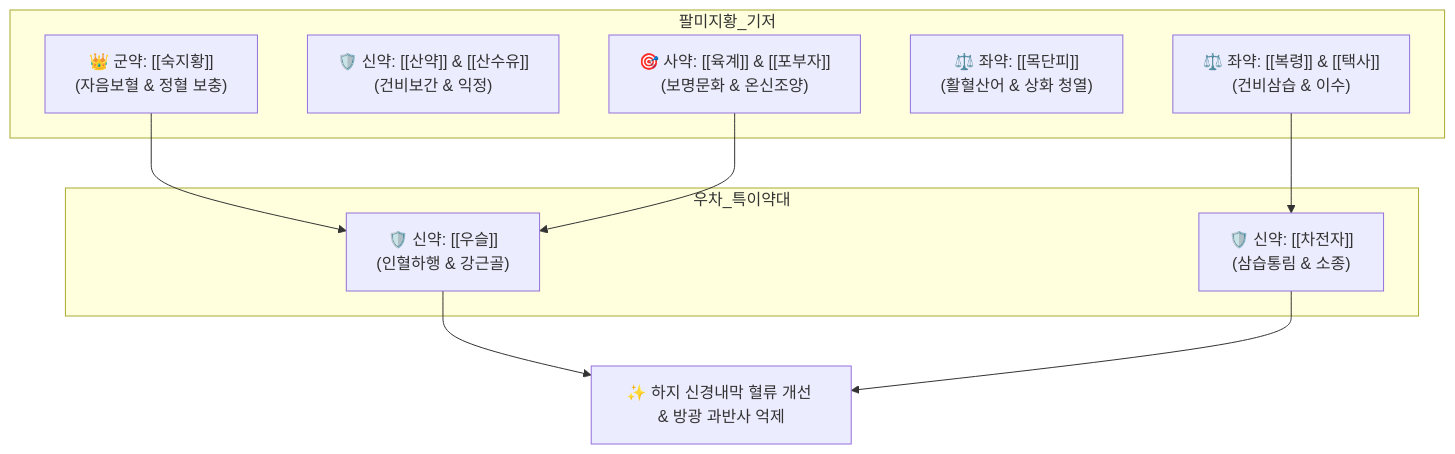
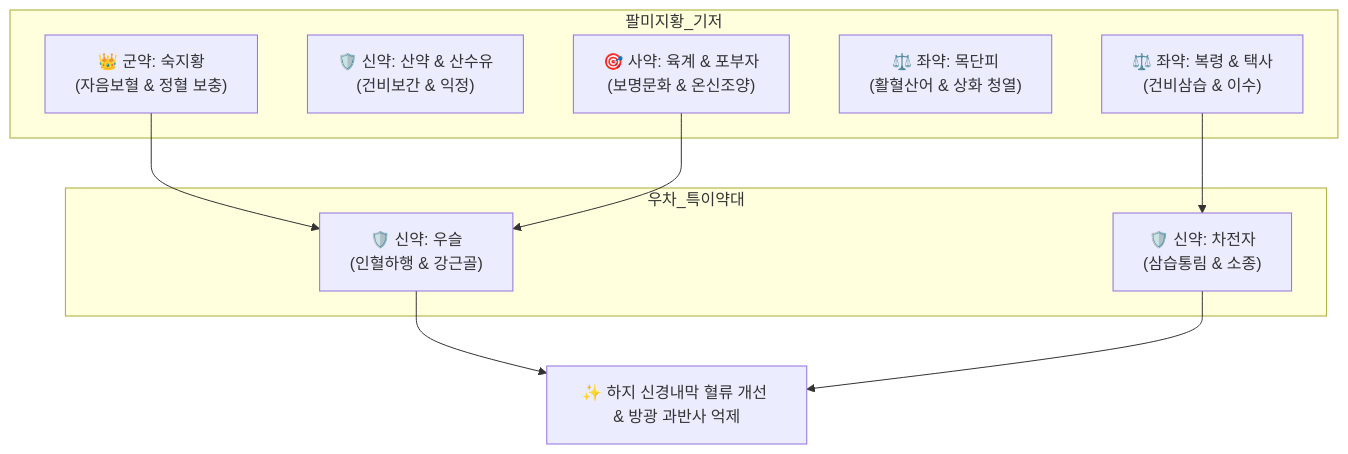
Before and after one commit to simbio11/simbio-digital-garden2: the diagram in content/2. 약리 공부/처방/02_보익제/우차신기환.md, drawn with Mermaid. The commit also changed other lines of this file and 323 other files, not shown here.

````diff
--- a/content/2. 약리 공부/처방/02_보익제/우차신기환.md
+++ b/content/2. 약리 공부/처방/02_보익제/우차신기환.md
@@ -50,19 +52,19 @@
 ```mermaid
 graph TD
     subgraph 팔미지황_기저
-        SJH["👑 군약: [[숙지황]]<br>(자음보혈 & 정혈 보충)"]
-        SY["🛡️ 신약: [[산약]] & [[산수유]]<br>(건비보간 & 익정)"]
-        BL["⚖️ 좌약: [[복령]] & [[택사]]<br>(건비삼습 & 이수)"]
-        MDP["⚖️ 좌약: [[목단피]]<br>(활혈산어 & 상화 청열)"]
-        FP["🎯 사약: [[육계]] & [[포부자]]<br>(보명문화 & 온신조양)"]
+        SJH["👑 군약: 숙지황<br>(자음보혈 & 정혈 보충)"]
+        SY["🛡️ 신약: 산약 & 산수유<br>(건비보간 & 익정)"]
+        BL["⚖️ 좌약: 복령 & 택사<br>(건비삼습 & 이수)"]
+        MDP["⚖️ 좌약: 목단피<br>(활혈산어 & 상화 청열)"]
+        FP["🎯 사약: 육계 & 포부자<br>(보명문화 & 온신조양)"]
     end
     subgraph 우차_특이약대
-        WS["🛡️ 신약: [[우슬]]<br>(인혈하행 & 강근골)"]
-        CJ["🛡️ 신약: [[차전자]]<br>(삼습통림 & 소종)"]
+        WS["🛡️ 신약: 우슬<br>(인혈하행 & 강근골)"]
+        CJ["🛡️ 신약: 차전자<br>(삼습통림 & 소종)"]
     end
     SJH --> WS
     FP --> WS
     BL --> CJ
     WS --> Target["✨ 하지 신경내막 혈류 개선 & 방광 과반사 억제"]
     CJ --> Target
 ```
````
